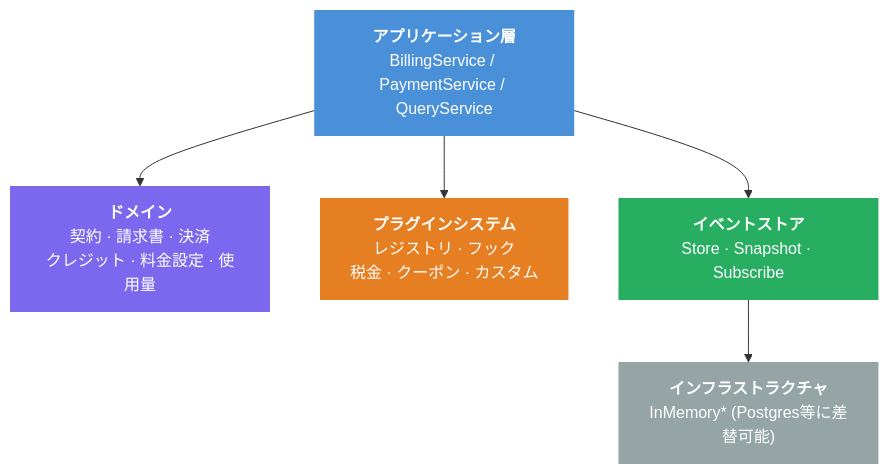
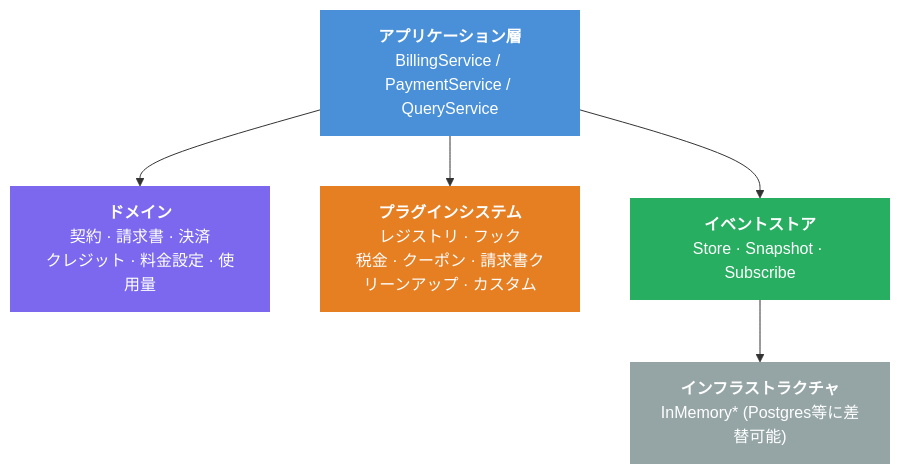
The first of 3 diagrams in examples/README.ja.md (contract-to-cash/core), drawn with Mermaid before and after one commit. The commit also changed other lines of this file and 24 other files, not shown here.

````diff
--- a/examples/README.ja.md
+++ b/examples/README.ja.md
@@ -48,20 +48,20 @@
 ```mermaid
 graph TD
     App["<b>アプリケーション層</b><br/>BillingService / PaymentService / QueryService"]
 
     App --> Domain
     App --> Plugin
     App --> ES
 
     Domain["<b>ドメイン</b><br/>契約 · 請求書 · 決済<br/>クレジット · 料金設定 · 使用量"]
-    Plugin["<b>プラグインシステム</b><br/>レジストリ · フック<br/>税金 · クーポン · カスタム"]
+    Plugin["<b>プラグインシステム</b><br/>レジストリ · フック<br/>税金 · クーポン · 請求書クリーンアップ · カスタム"]
     ES["<b>イベントストア</b><br/>Store · Snapshot · Subscribe"]
 
     ES --> Infra["<b>インフラストラクチャ</b><br/>InMemory* (Postgres等に差替可能)"]
 
     style App fill:#4A90D9,color:#fff,stroke:none
     style Domain fill:#7B68EE,color:#fff,stroke:none
     style Plugin fill:#E67E22,color:#fff,stroke:none
     style ES fill:#27AE60,color:#fff,stroke:none
     style Infra fill:#95A5A6,color:#fff,stroke:none
 ```
````
